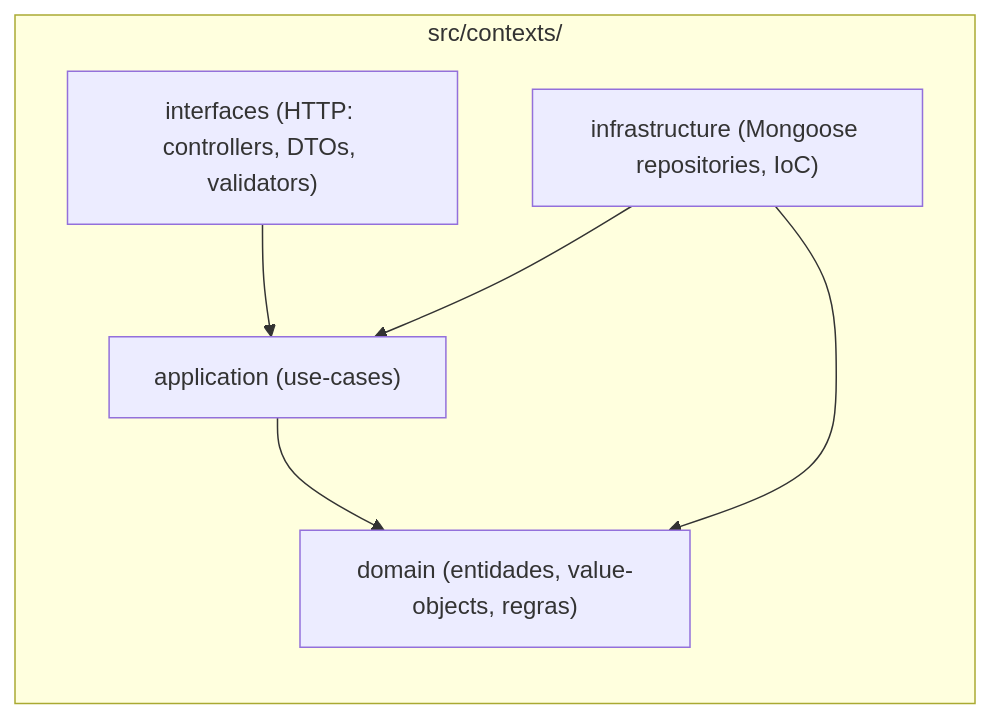
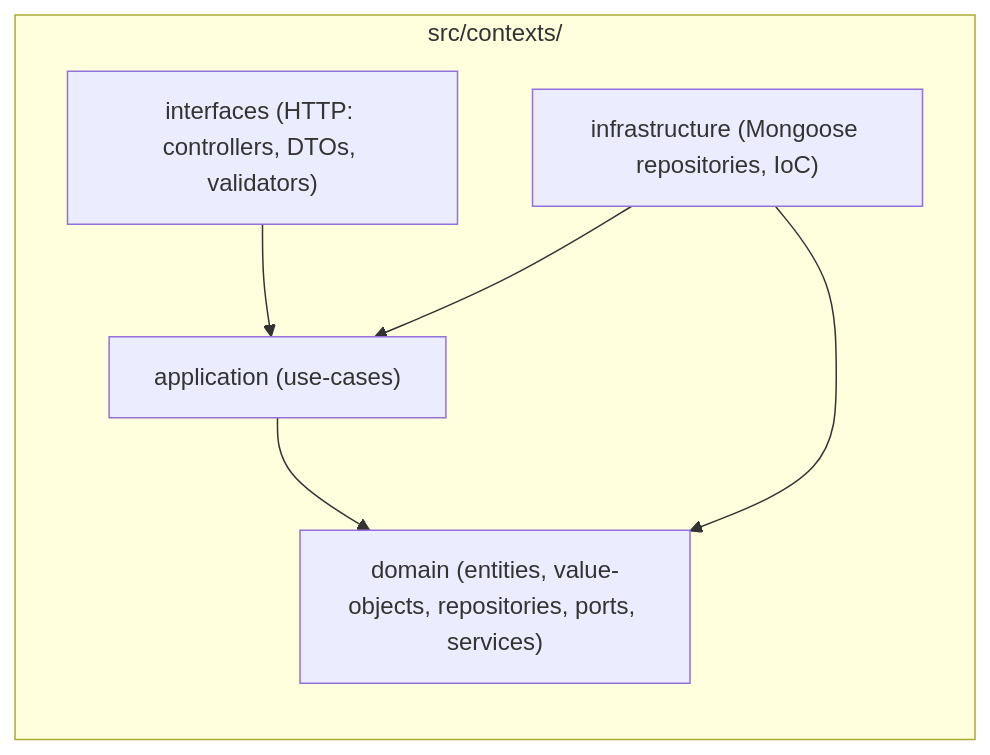
The second of 2 diagrams in docs/diagrams/componentes-aplicacao.md (DebLopes/tech-challenge-pos-fiap), drawn with Mermaid before and after one commit. The commit also changed other lines of this file and 25 other files, not shown here.

Commit message:
refactor: renomear domain/services para domain/ports nos contratos

````diff
--- a/docs/diagrams/componentes-aplicacao.md
+++ b/docs/diagrams/componentes-aplicacao.md
@@ -79,14 +79,14 @@
 ```mermaid
 flowchart LR
     subgraph Contexto["src/contexts/<contexto>"]
         Interfaces["interfaces (HTTP: controllers, DTOs, validators)"]
         Application["application (use-cases)"]
-        Domain["domain (entidades, value-objects, regras)"]
+        Domain["domain (entities, value-objects, repositories, ports, services)"]
         Infrastructure["infrastructure (Mongoose repositories, IoC)"]
     end
 
     Interfaces --> Application
     Application --> Domain
     Infrastructure --> Application
     Infrastructure --> Domain
 ```
````
